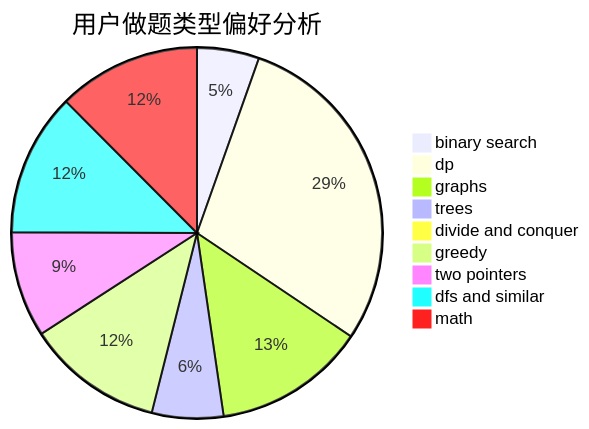
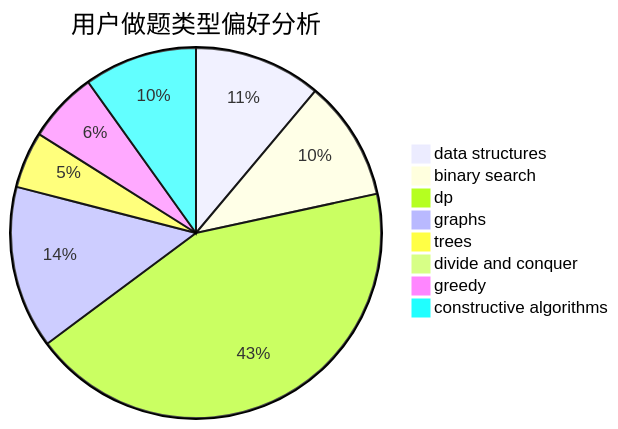
One commit to sherpahu/cfrs.github.io changed the second of 3 diagrams in docs/user/u303.md. Above: the diagram before and after it, drawn with Mermaid. The commit also changed other lines of this file and 2775 other files, not shown here.

````diff
--- a/docs/user/u303.md
+++ b/docs/user/u303.md
@@ -23,12 +23,11 @@
 ```mermaid
 pie title 用户做题类型偏好分析
-    "binary search" :  20
-    "dp" :  107
-    "graphs" :  49
-    "trees" :  23
-    "divide and conquer" :  2
-    "greedy" :  44
-    "two pointers" :  34
-    "dfs and similar" :  46
-    "math" :  46
+    "data structures" :  18
+    "binary search" :  17
+    "dp" :  70
+    "graphs" :  23
+    "trees" :  8
+    "divide and conquer" :  0
+    "greedy" :  10
+    "constructive algorithms" :  16
 ```
````
